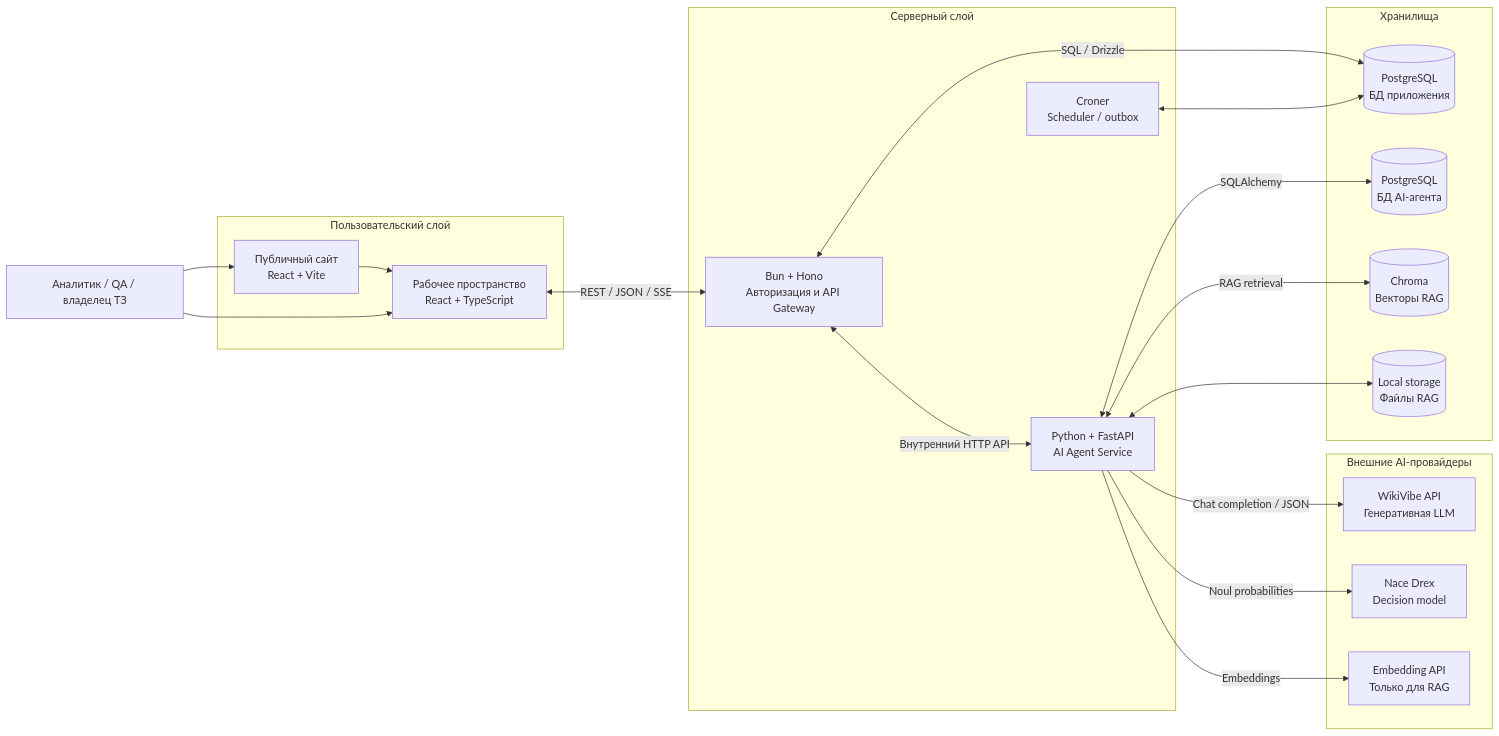
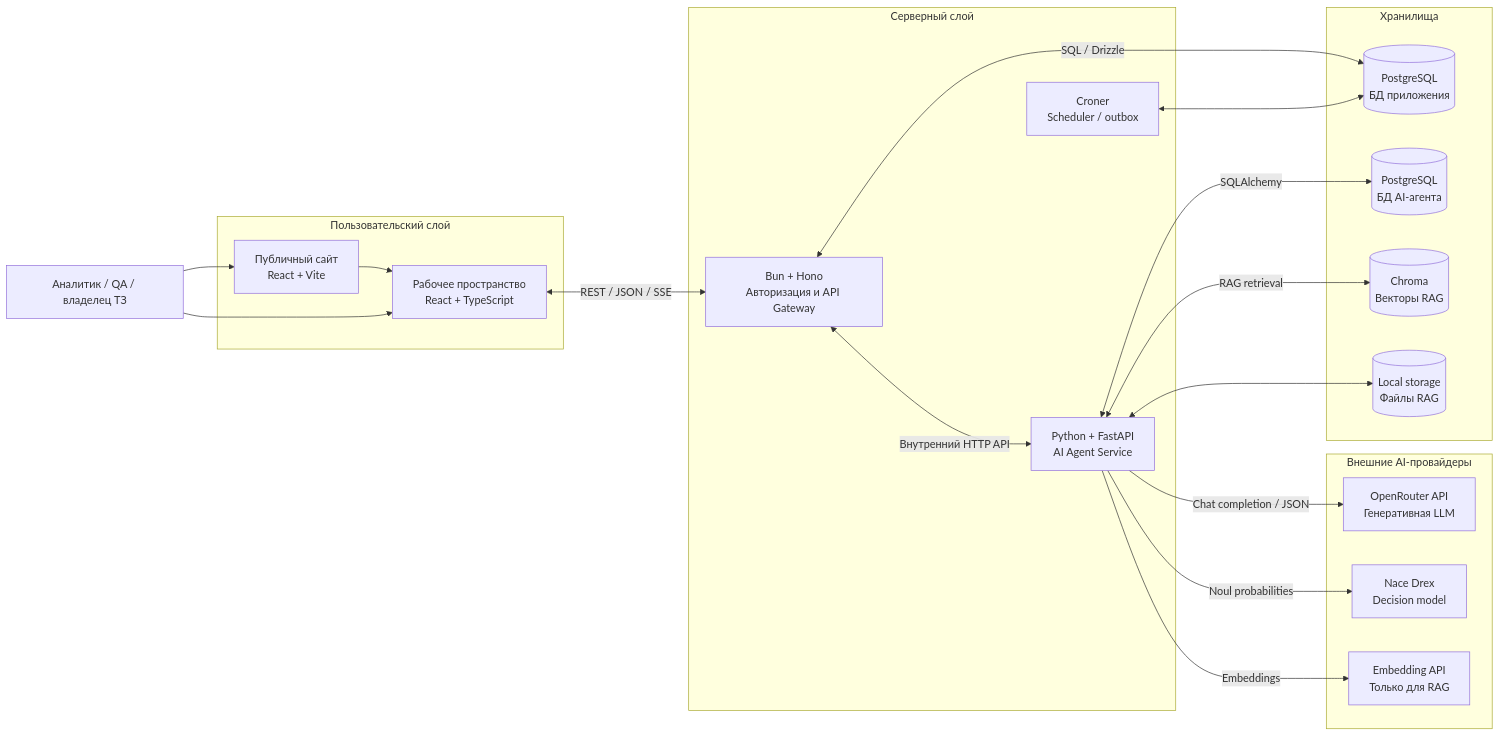
The first of 7 diagrams in vibe/docs/SPEC_REVIEW_ARCHITECTURE.ru.md (Feruum/Darumleye), drawn with Mermaid before and after one commit. The commit also changed other lines of this file and 19 other files, not shown here.

Commit message:
feat(review): apply Luna low across OpenRouter stages and meter each call

````diff
--- a/vibe/docs/SPEC_REVIEW_ARCHITECTURE.ru.md
+++ b/vibe/docs/SPEC_REVIEW_ARCHITECTURE.ru.md
@@ -13,37 +13,37 @@
 ```mermaid
 flowchart LR
     User[Аналитик / QA / владелец ТЗ]
     subgraph Web[Пользовательский слой]
         Site[Публичный сайт<br/>React + Vite]
         UI[Рабочее пространство<br/>React + TypeScript]
     end
     subgraph Server[Серверный слой]
         API[Bun + Hono<br/>Авторизация и API Gateway]
         Agent[Python + FastAPI<br/>AI Agent Service]
         Jobs[Croner<br/>Scheduler / outbox]
     end
     subgraph Data[Хранилища]
         AppDB[(PostgreSQL<br/>БД приложения)]
         AgentDB[(PostgreSQL<br/>БД AI-агента)]
         VectorDB[(Chroma<br/>Векторы RAG)]
         Files[(Local storage<br/>Файлы RAG)]
     end
     subgraph Providers[Внешние AI-провайдеры]
-        Wiki[WikiVibe API<br/>Генеративная LLM]
+        Wiki[OpenRouter API<br/>Генеративная LLM]
         Drex[Nace Drex<br/>Decision model]
         Emb[Embedding API<br/>Только для RAG]
     end
     User --> Site
     User --> UI
     Site --> UI
     UI <-->|REST / JSON / SSE| API
     API <-->|SQL / Drizzle| AppDB
     Jobs <--> AppDB
     API <-->|Внутренний HTTP API| Agent
     Agent <-->|SQLAlchemy| AgentDB
     Agent <-->|RAG retrieval| VectorDB
     Agent <--> Files
     Agent -->|Chat completion / JSON| Wiki
     Agent -->|Noul probabilities| Drex
     Agent -->|Embeddings| Emb
 ```
````
